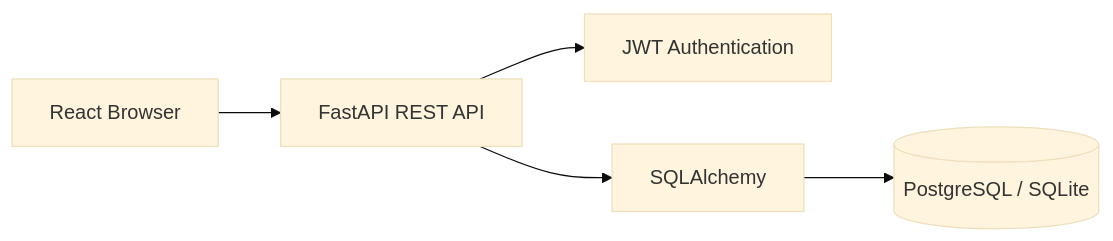
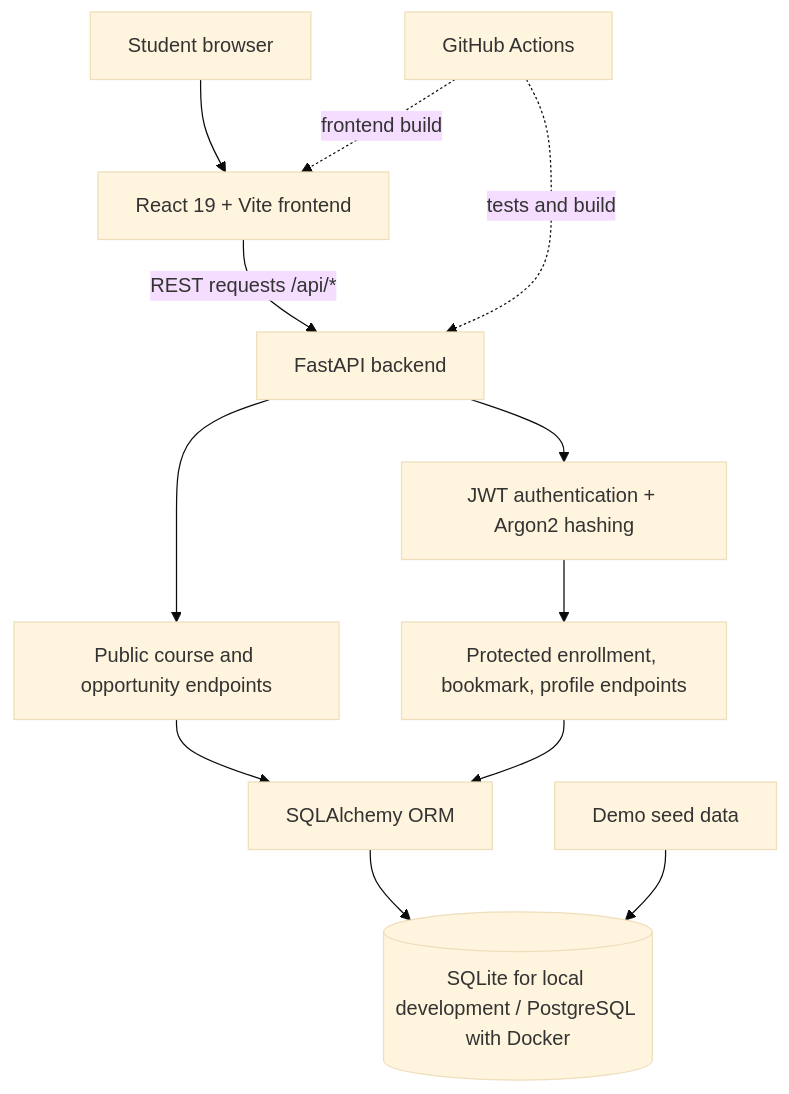
The diagram in README.md (aqibsolangiali/CampusConnect), drawn with Mermaid (base theme) before and after one commit. The commit also changed other lines of this file and 8 other files, not shown here.

````diff
--- a/README.md
+++ b/README.md
@@ -124,7 +61,14 @@
 ```mermaid
-flowchart LR
-  Browser[React Browser] --> API[FastAPI REST API]
-  API --> Auth[JWT Authentication]
-  API --> ORM[SQLAlchemy]
-  ORM --> DB[(PostgreSQL / SQLite)]
+flowchart TB
+    U[Student browser] --> FE[React 19 + Vite frontend]
+    FE -->|REST requests /api/*| API[FastAPI backend]
+    API --> PUB[Public course and opportunity endpoints]
+    API --> AUTH[JWT authentication + Argon2 hashing]
+    AUTH --> PRIV[Protected enrollment, bookmark, profile endpoints]
+    PUB --> ORM[SQLAlchemy ORM]
+    PRIV --> ORM
+    ORM --> DB[(SQLite for local development / PostgreSQL with Docker)]
+    SEED[Demo seed data] --> DB
+    CI[GitHub Actions] -.->|tests and build| API
+    CI -.->|frontend build| FE
 ```
````
